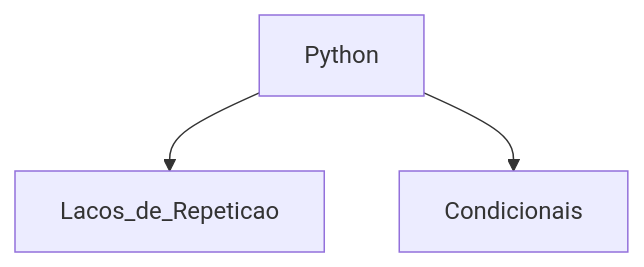
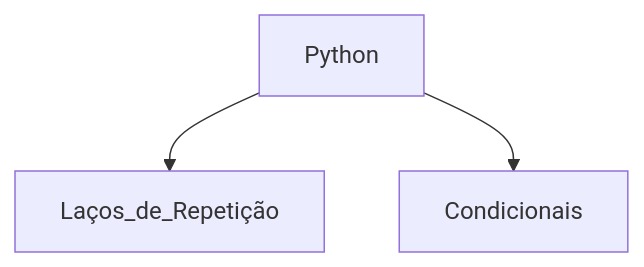
Before and after one commit to UirajanJS/Projeto-IP: the diagram in README.md, drawn with Mermaid. The commit also changed other lines of this file, not shown here.

````diff
--- a/README.md
+++ b/README.md
@@ -162,5 +148,5 @@
 ```mermaid
 graph TD;
-  Python --> Lacos_de_Repeticao;
+  Python --> Laços_de_Repetição;
   Python --> Condicionais;
 ```
````
